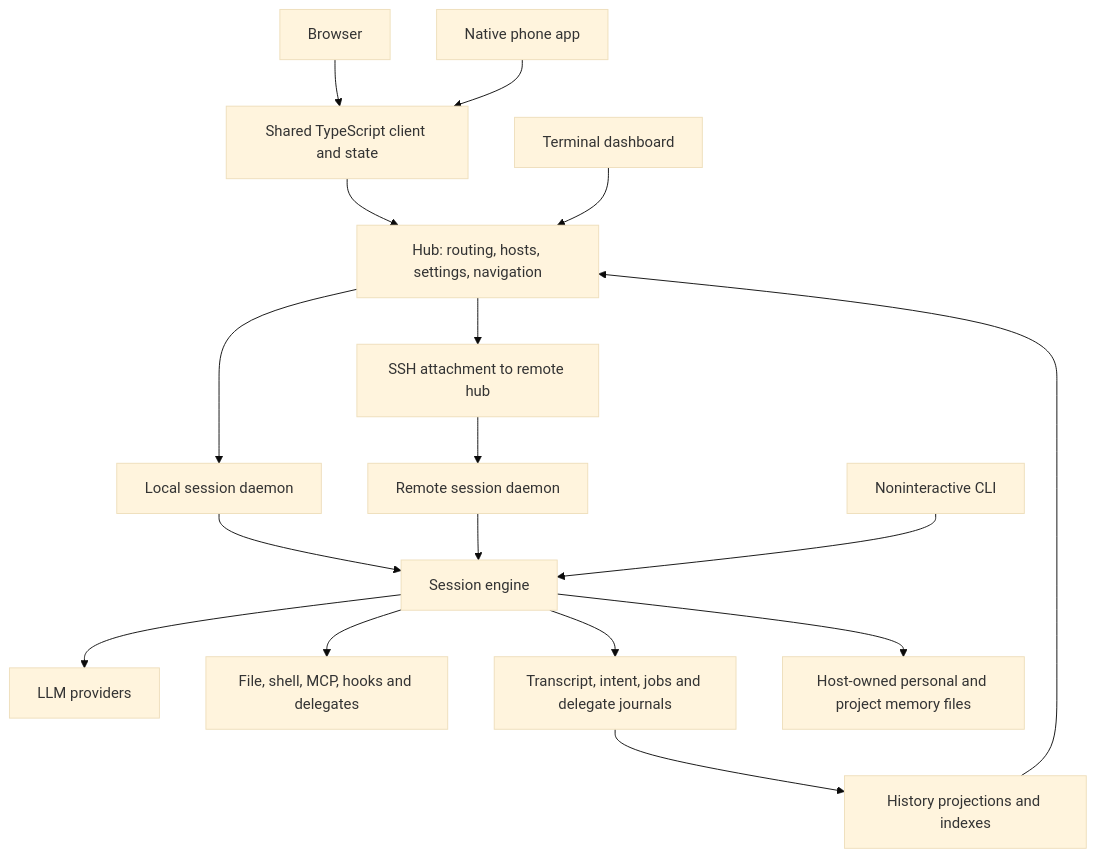
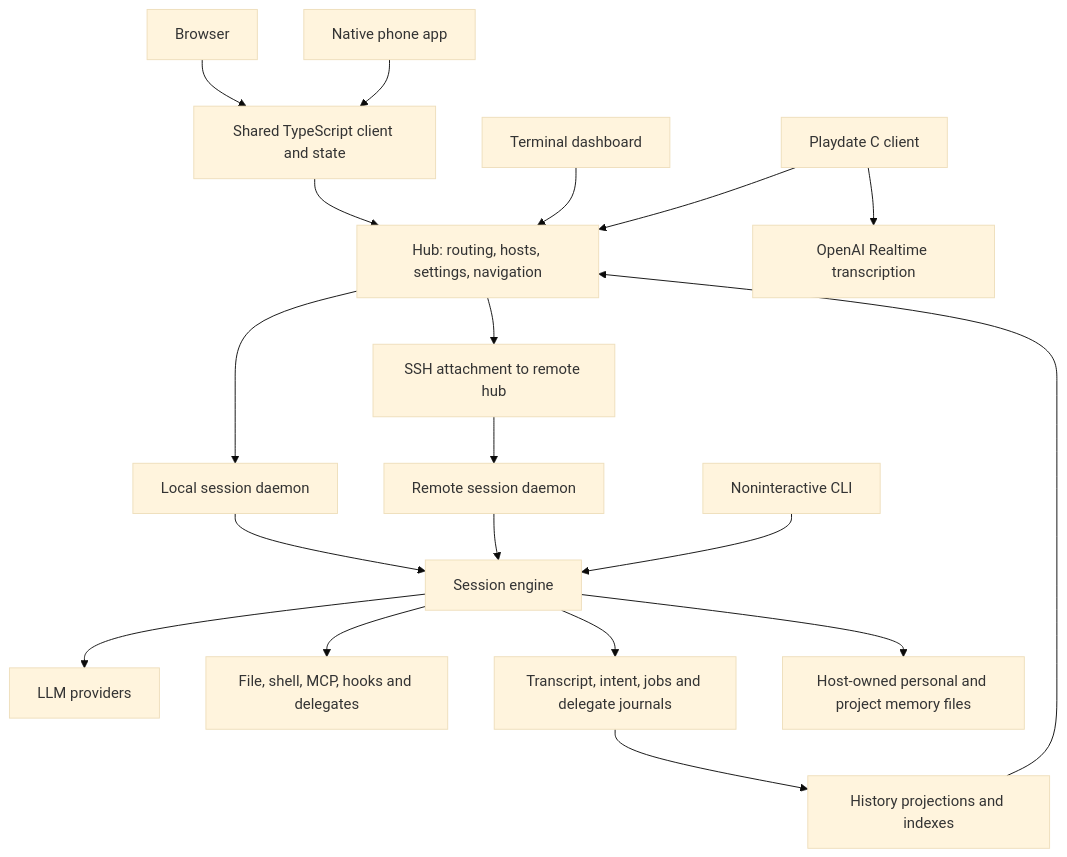
Before and after one commit to anubhavgupta121/evener: the diagram in docs/product/subsystems.md, drawn with Mermaid (base theme). The commit also changed other lines of this file and 60 other files, not shown here.

````diff
--- a/docs/product/subsystems.md
+++ b/docs/product/subsystems.md
@@ -14,19 +14,21 @@
 ```mermaid
 flowchart TD
     Web[Browser] --> TS[Shared TypeScript client and state]
     Native[Native phone app] --> TS
     TS --> Hub[Hub: routing, hosts, settings, navigation]
     TUI[Terminal dashboard] --> Hub
+    Playdate[Playdate C client] --> Hub
+    Playdate --> Transcription[OpenAI Realtime transcription]
     Hub --> Local[Local session daemon]
     Hub --> Remote[SSH attachment to remote hub]
     Remote --> RemoteDaemon[Remote session daemon]
     Local --> Agent[Session engine]
     RemoteDaemon --> Agent
     CLI[Noninteractive CLI] --> Agent
     Agent --> Providers[LLM providers]
     Agent --> Tools[File, shell, MCP, hooks and delegates]
     Agent --> State[Transcript, intent, jobs and delegate journals]
     Agent --> Memory[Host-owned personal and project memory files]
     State --> Views[History projections and indexes]
     Views --> Hub
 ```
````
